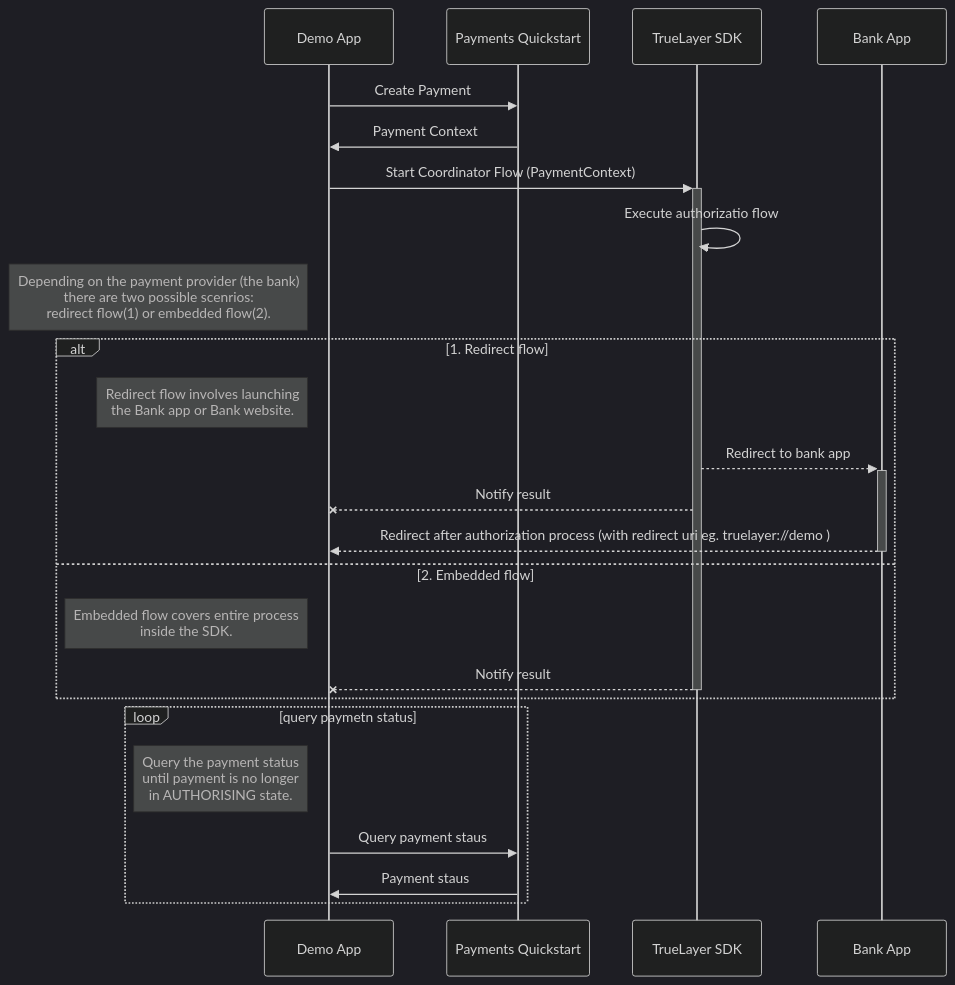
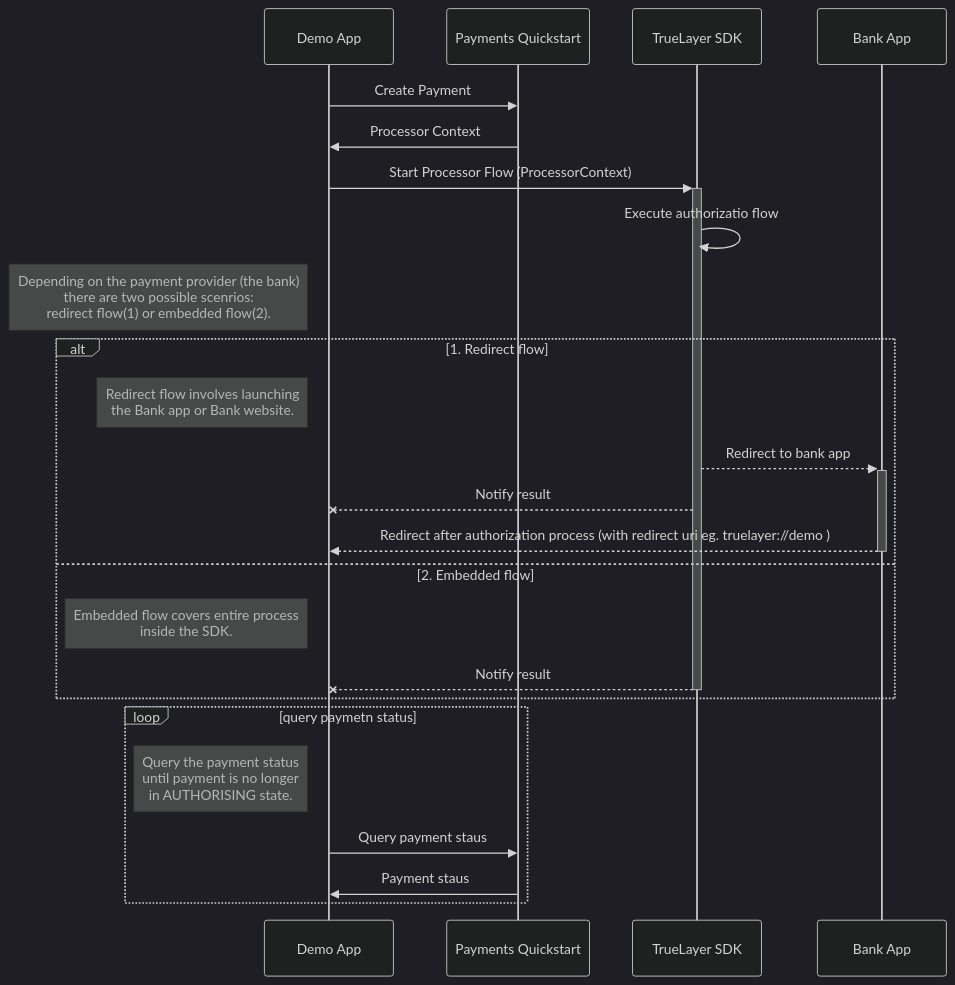
One commit to TrueLayer/truelayer-android-sdk-demo changed the diagram in README.md. Above: the diagram before and after it, drawn with Mermaid (dark theme). The commit also changed other lines of this file and 13 other files, not shown here.

````diff
--- a/README.md
+++ b/README.md
@@ -47,30 +42,30 @@
 ```mermaid
 sequenceDiagram
 	participant app as Demo App
 	participant backend as Payments Quickstart
 	participant SDK as TrueLayer SDK
 	participant Bank as Bank App
 
 	app ->> backend: Create Payment
-	backend ->> app: Payment Context
-	app ->>+ SDK: Start Coordinator Flow (PaymentContext)
+	backend ->> app: Processor Context
+	app ->>+ SDK: Start Processor Flow (ProcessorContext)
 	SDK ->> SDK: Execute authorizatio flow
 
 	note left of app: Depending on the payment provider (the bank) <br/>there are two possible scenrios:<br/>redirect flow(1) or embedded flow(2).
 
 	alt 1. Redirect flow
 	note left of app: Redirect flow involves launching<br/> the Bank app or Bank website.
 	SDK -->>+ Bank: Redirect to bank app
 	SDK --x app: Notify result
 	Bank -->>- app: Redirect after authorization process (with redirect uri eg. truelayer://demo )
 	else 2. Embedded flow
 		note left of app: Embedded flow covers entire process<br/> inside the SDK.
 	SDK --x- app: Notify result
 	end
 
 	loop query paymetn status
 	note left of app: Query the payment status<br/>until payment is no longer<br/>in AUTHORISING state.
 	app ->> backend: Query payment staus
 	backend ->> app: Payment staus
 	end
 ```
````
